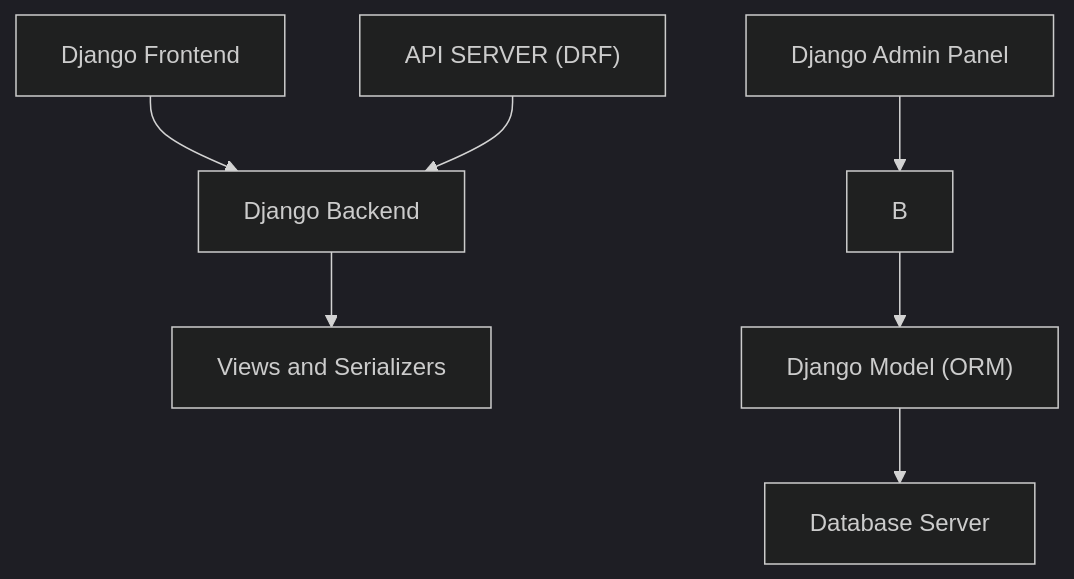
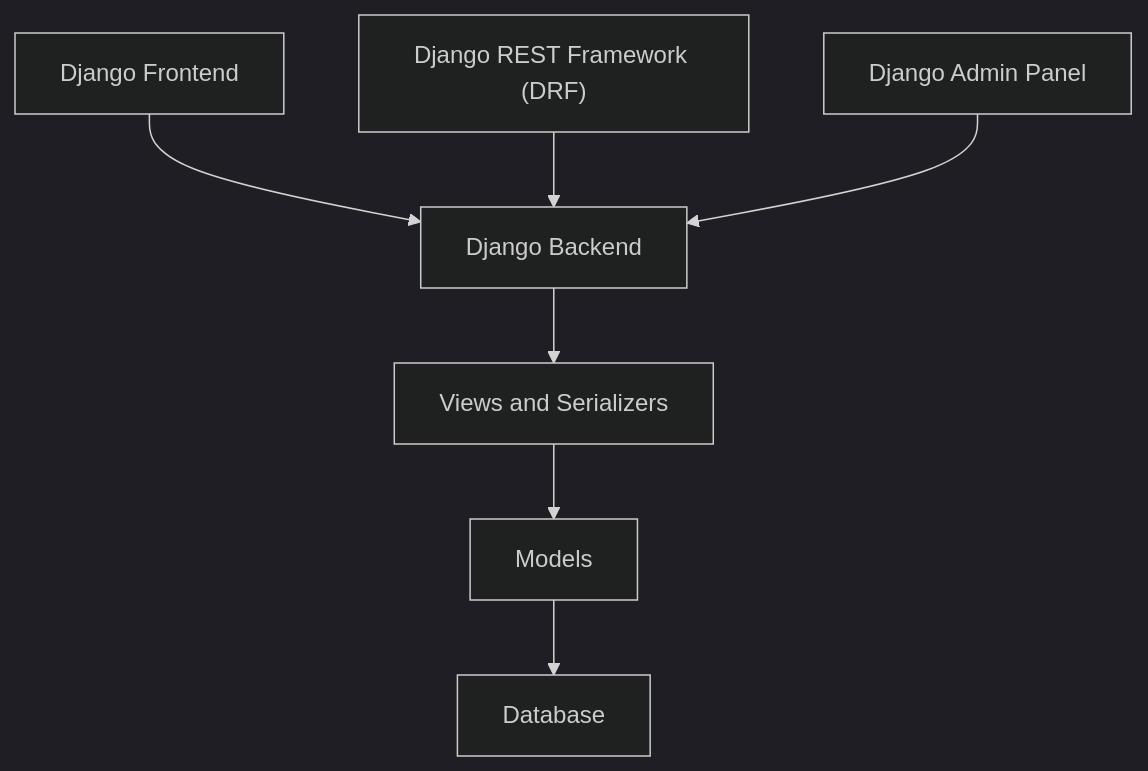
The diagram in docs/project_archetecture.md (binaryloom/TaskManagementSystem), drawn with Mermaid (dark theme) before and after one commit. The commit also changed other lines of this file, not shown here.

Commit message:
Mar 3, 2024, 10:24 PM

````diff
--- a/docs/project_archetecture.md
+++ b/docs/project_archetecture.md
@@ -7,11 +7,11 @@
 ```mermaid
 graph TD;
     django_frontend["Django Frontend"] --> django_backend["Django Backend"];
-    api_server["API SERVER (DRF)"] --> django_backend;
+    api_server["Django REST Framework (DRF)"] --> django_backend;
+    django_admin["Django Admin Panel"] --> django_backend;
     django_backend --> views["Views and Serializers"];
-    views["Views and Serializers"];
-    D["Django Admin Panel"] --> B;
-    B --> E["Django Model (ORM)"];
-    E --> F["Database Server"];
+
+    views --> orm_layer["Models"];
+    orm_layer --> F["Database"];
 
 ```
````
